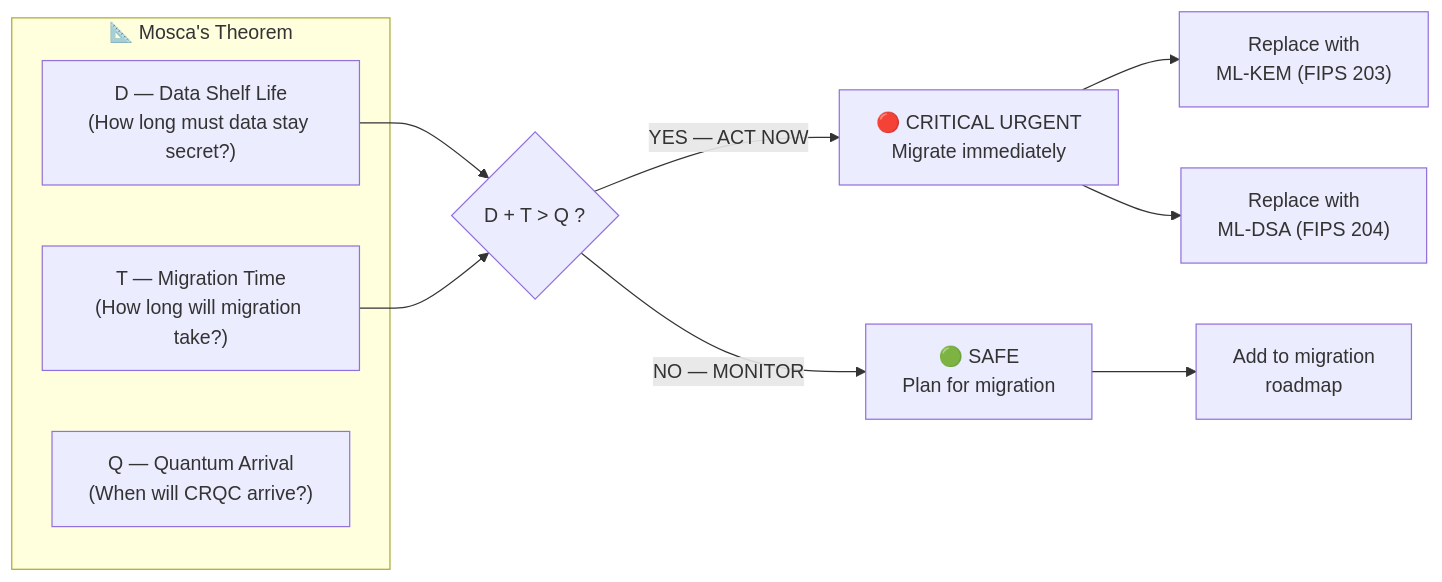
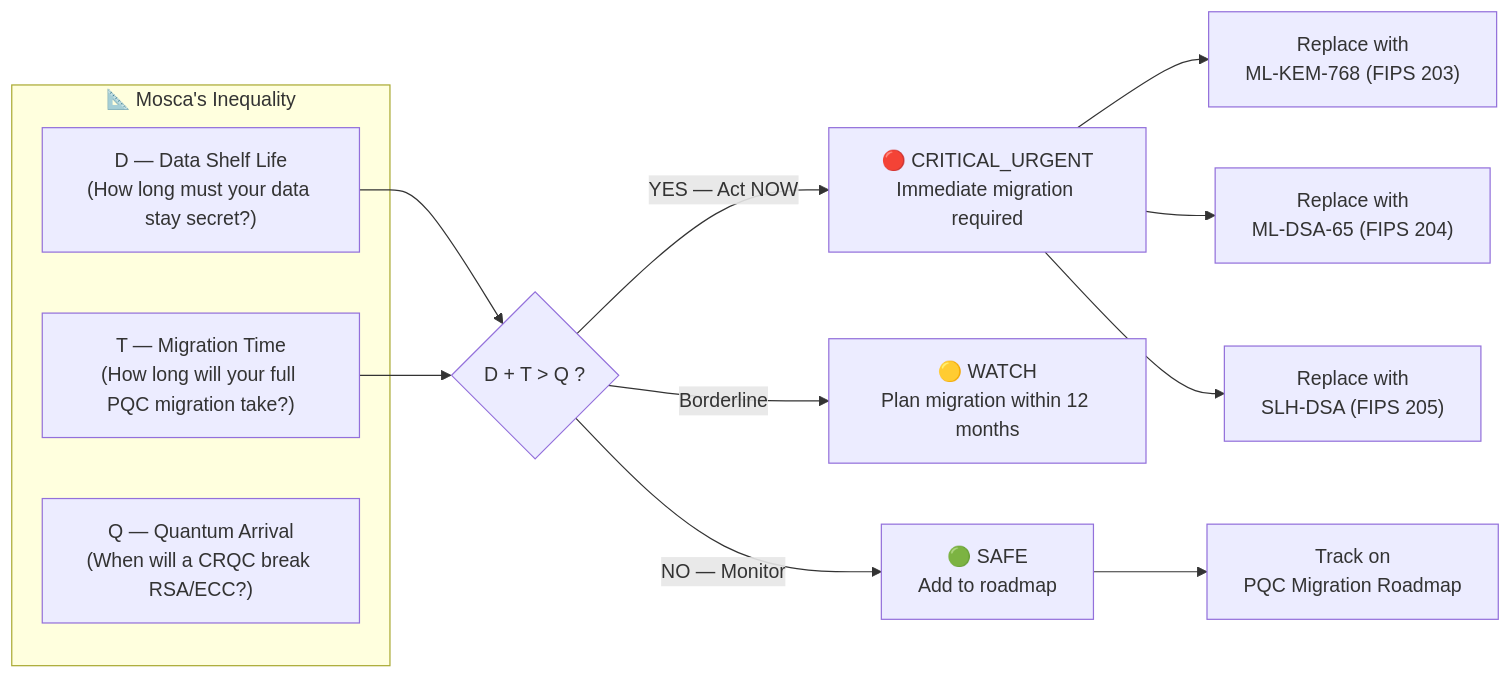
One commit to jeevanchandrashekhar31-a11y/ECDAT changed the third of 6 diagrams in README.md. Above: the diagram before and after it, drawn with Mermaid. The commit also changed other lines of this file, not shown here.

Commit message:
docs: write comprehensive SIH judge-tailored README with architecture, future scope, and story

````diff
--- a/README.md
+++ b/README.md
@@ -150,17 +183,18 @@
 ```mermaid
 graph LR
-  subgraph "📐 Mosca's Theorem"
-    D["D — Data Shelf Life<br/>(How long must data stay secret?)"]
-    T["T — Migration Time<br/>(How long will migration take?)"]
-    Q["Q — Quantum Arrival<br/>(When will CRQC arrive?)"]
-  end
+    subgraph "📐 Mosca's Inequality"
+        D["D — Data Shelf Life<br/>(How long must your data stay secret?)"]
+        T["T — Migration Time<br/>(How long will your full PQC migration take?)"]
+        Q["Q — Quantum Arrival<br/>(When will a CRQC break RSA/ECC?)"]
+    end
 
-  D & T --> CALC{D + T > Q ?}
-  
-  CALC -->|YES — ACT NOW| CRITICAL["🔴 CRITICAL URGENT<br/>Migrate immediately"]
-  CALC -->|NO — MONITOR| SAFE["🟢 SAFE<br/>Plan for migration"]
-  
-  CRITICAL --> ML_KEM["Replace with<br/>ML-KEM (FIPS 203)"]
-  CRITICAL --> ML_DSA["Replace with<br/>ML-DSA (FIPS 204)"]
-  SAFE --> MONITOR["Add to migration<br/>roadmap"]
+    D & T --> CALC{"D + T > Q ?"}
+    CALC -->|"YES — Act NOW"| CRIT["🔴 CRITICAL_URGENT<br/>Immediate migration required"]
+    CALC -->|"Borderline"| WATCH["🟡 WATCH<br/>Plan migration within 12 months"]
+    CALC -->|"NO — Monitor"| SAFE["🟢 SAFE<br/>Add to roadmap"]
+
+    CRIT --> ML_KEM["Replace with<br/>ML-KEM-768 (FIPS 203)"]
+    CRIT --> ML_DSA["Replace with<br/>ML-DSA-65 (FIPS 204)"]
+    CRIT --> SLH_DSA["Replace with<br/>SLH-DSA (FIPS 205)"]
+    SAFE --> MONITOR["Track on<br/>PQC Migration Roadmap"]
 ```
````
